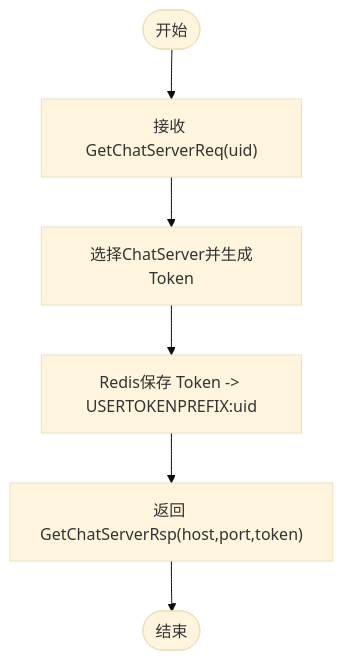
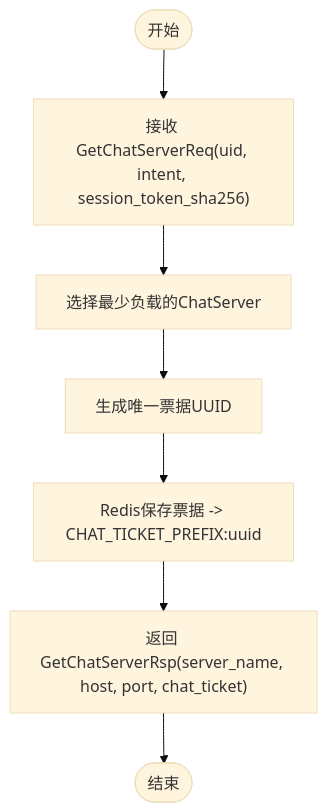
Before and after one commit to echo9923/mychatter: the fourth of 6 diagrams in .qoder/repowiki/zh/content/架构设计/通信协议设计/gRPC接口设计.md, drawn with Mermaid (base theme). The commit also changed other lines of this file and 107 other files, not shown here.

````diff
--- a/.qoder/repowiki/zh/content/架构设计/通信协议设计/gRPC接口设计.md
+++ b/.qoder/repowiki/zh/content/架构设计/通信协议设计/gRPC接口设计.md
@@ -272,8 +276,9 @@
 ```mermaid
 flowchart TD
-Start(["开始"]) --> Req["接收 GetChatServerReq(uid)"]
-Req --> Assign["选择ChatServer并生成Token"]
-Assign --> Save["Redis保存 Token -> USERTOKENPREFIX:uid"]
-Save --> Resp["返回 GetChatServerRsp(host,port,token)"]
+Start(["开始"]) --> Req["接收 GetChatServerReq(uid, intent, session_token_sha256)"]
+Req --> Select["选择最少负载的ChatServer"]
+Select --> Generate["生成唯一票据UUID"]
+Generate --> Save["Redis保存票据 -> CHAT_TICKET_PREFIX:uuid"]
+Save --> Resp["返回 GetChatServerRsp(server_name, host, port, chat_ticket)"]
 Resp --> End(["结束"])
 ```
````
